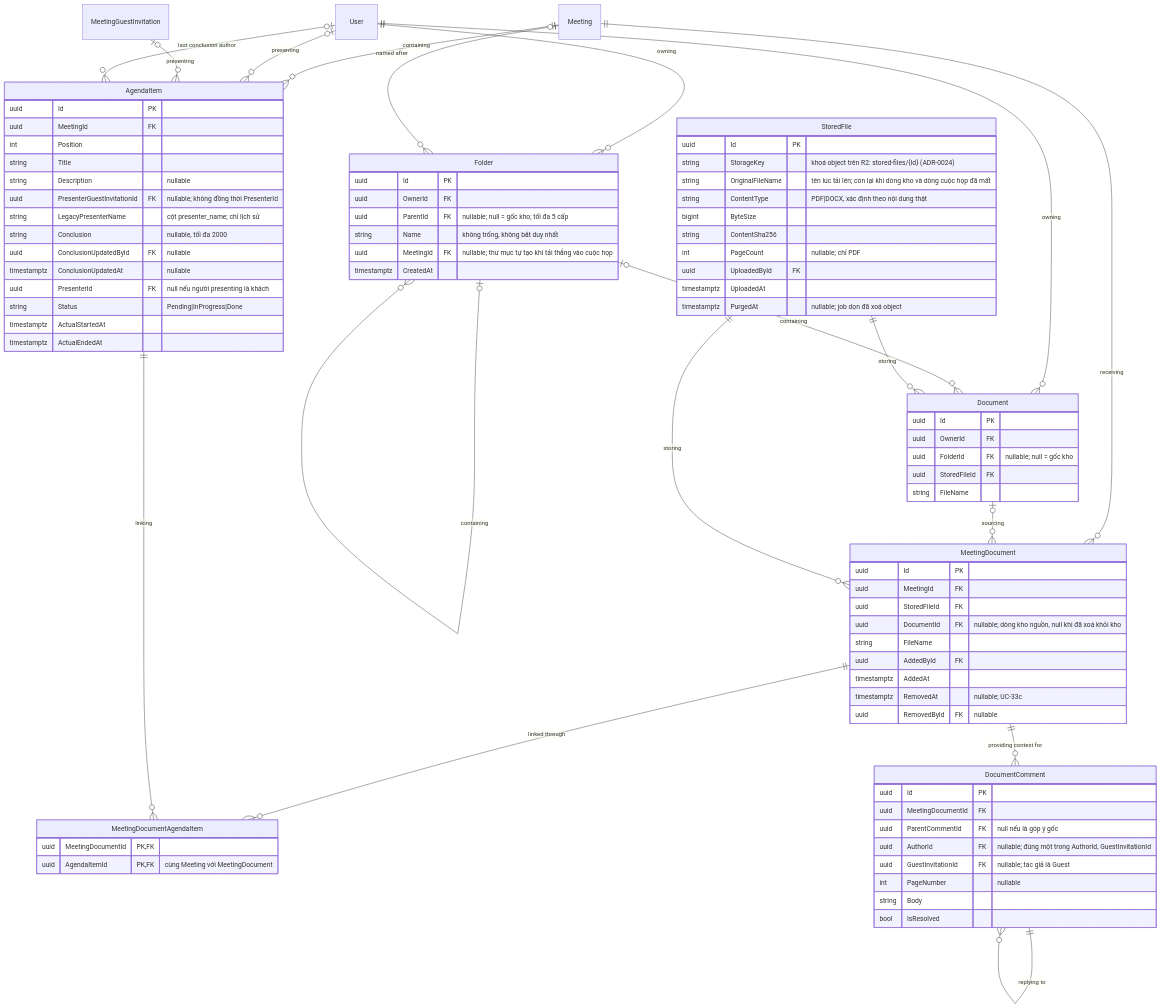
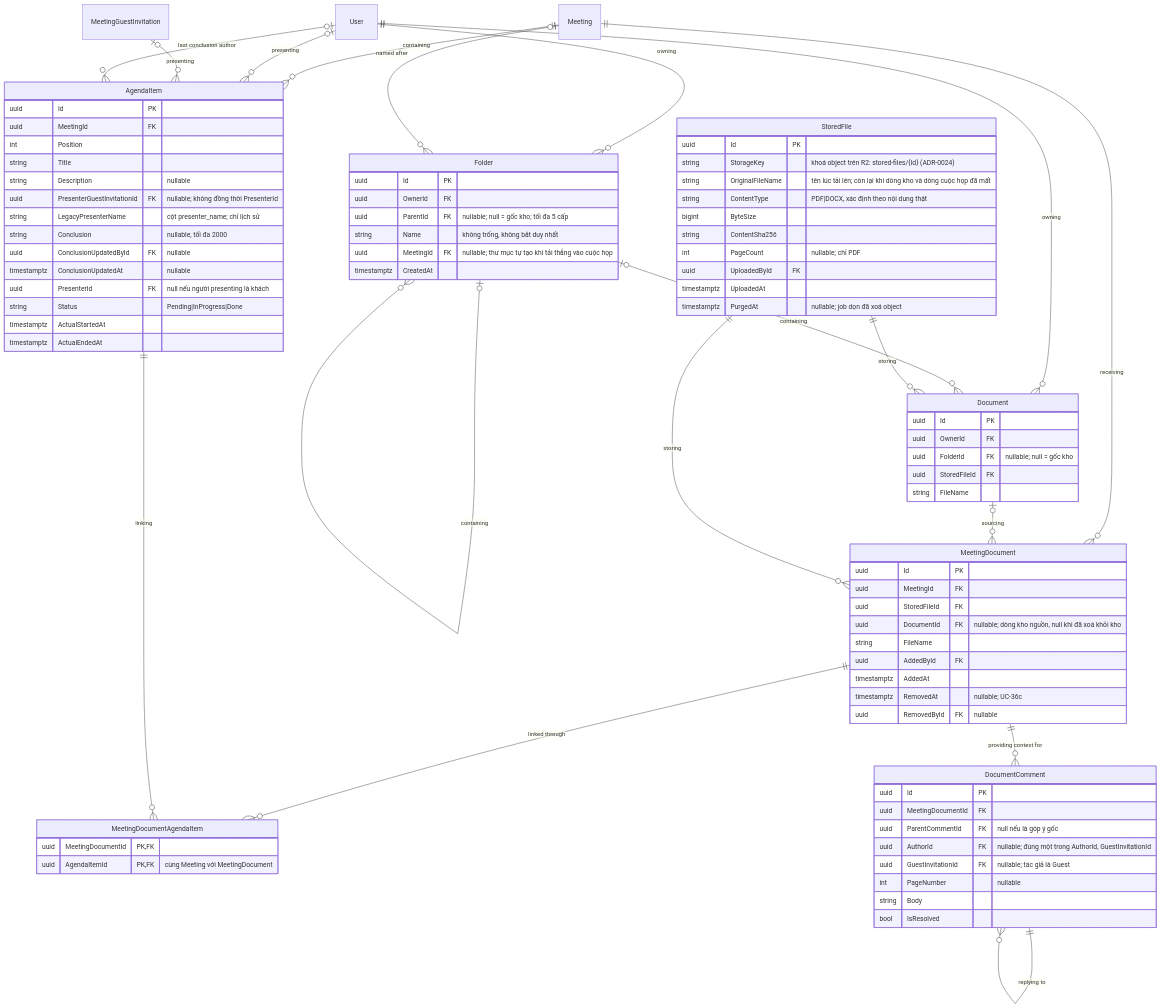
The second of 7 diagrams in docs/02-design/02-erd.md (callmehai/FU-FA26-G116), drawn with Mermaid before and after one commit. The commit also changed other lines of this file and 400 other files, not shown here.

```diff
--- a/docs/02-design/02-erd.md
+++ b/docs/02-design/02-erd.md
@@ -268,7 +268,7 @@
         string FileName
         uuid AddedById FK
         timestamptz AddedAt
-        timestamptz RemovedAt "nullable; UC-33c"
+        timestamptz RemovedAt "nullable; UC-36c"
         uuid RemovedById FK "nullable"
     }
     MeetingDocumentAgendaItem {
```
